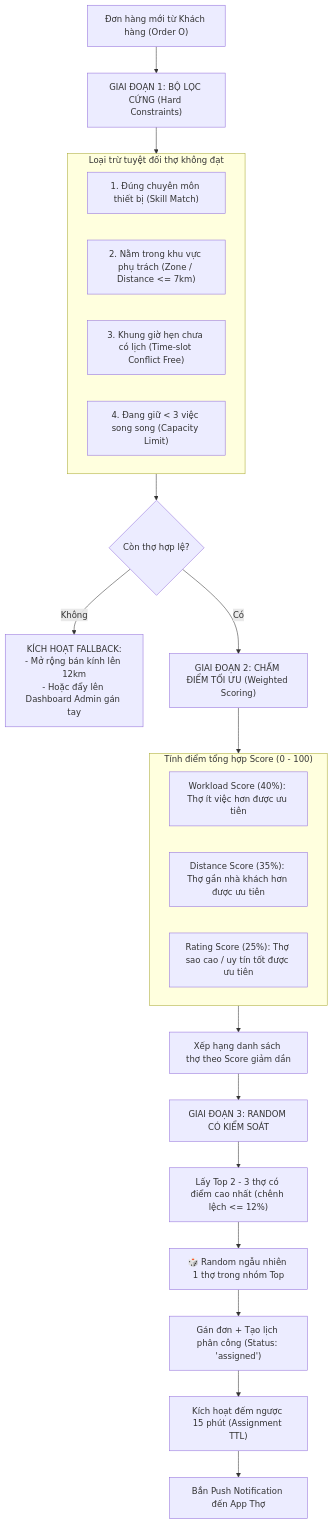
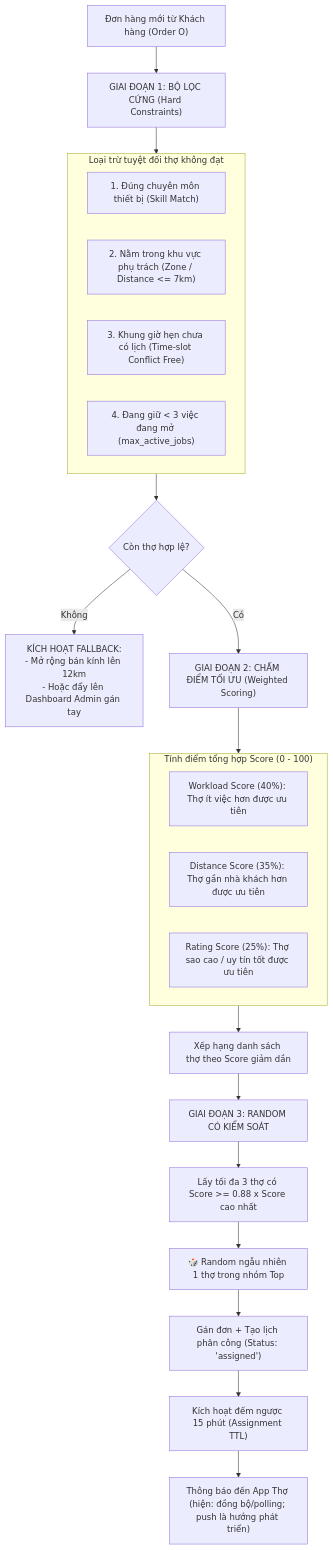
Before and after one commit to nguyenngoclinh07032003/appmobile: the diagram in HUONG_DAN_BACKEND_DIEU_PHOI_THO.md, drawn with Mermaid. The commit also changed other lines of this file and 49 other files, not shown here.

````diff
--- a/HUONG_DAN_BACKEND_DIEU_PHOI_THO.md
+++ b/HUONG_DAN_BACKEND_DIEU_PHOI_THO.md
@@ -50,32 +57,32 @@
 ```mermaid
 flowchart TD
     A["Đơn hàng mới từ Khách hàng (Order O)"] --> B["GIAI ĐOẠN 1: BỘ LỌC CỨNG (Hard Constraints)"]
     
     subgraph HardFilters["Loại trừ tuyệt đối thợ không đạt"]
         B1["1. Đúng chuyên môn thiết bị (Skill Match)"]
         B2["2. Nằm trong khu vực phụ trách (Zone / Distance <= 7km)"]
         B3["3. Khung giờ hẹn chưa có lịch (Time-slot Conflict Free)"]
-        B4["4. Đang giữ < 3 việc song song (Capacity Limit)"]
+        B4["4. Đang giữ < 3 việc đang mở (max_active_jobs)"]
     end
     
     B --> HardFilters
     HardFilters --> C{"Còn thợ hợp lệ?"}
     
     C -- "Không" --> Fallback["KÍCH HOẠT FALLBACK:\n- Mở rộng bán kính lên 12km\n- Hoặc đẩy lên Dashboard Admin gán tay"]
     C -- "Có" --> D["GIAI ĐOẠN 2: CHẤM ĐIỂM TỐI ƯU (Weighted Scoring)"]
     
     subgraph Scoring["Tính điểm tổng hợp Score (0 - 100)"]
         D1["Workload Score (40%): Thợ ít việc hơn được ưu tiên"]
         D2["Distance Score (35%): Thợ gần nhà khách hơn được ưu tiên"]
         D3["Rating Score (25%): Thợ sao cao / uy tín tốt được ưu tiên"]
     end
     
     D --> Scoring
     Scoring --> E["Xếp hạng danh sách thợ theo Score giảm dần"]
     E --> F["GIAI ĐOẠN 3: RANDOM CÓ KIỂM SOÁT"]
-    F --> G["Lấy Top 2 - 3 thợ có điểm cao nhất (chênh lệch <= 12%)"]
+    F --> G["Lấy tối đa 3 thợ có Score >= 0.88 x Score cao nhất"]
     G --> H["🎲 Random ngẫu nhiên 1 thợ trong nhóm Top"]
     H --> I["Gán đơn + Tạo lịch phân công (Status: 'assigned')"]
     I --> J["Kích hoạt đếm ngược 15 phút (Assignment TTL)"]
-    J --> K["Bắn Push Notification đến App Thợ"]
+    J --> K["Thông báo đến App Thợ (hiện: đồng bộ/polling; push là hướng phát triển)"]
 ```
````
